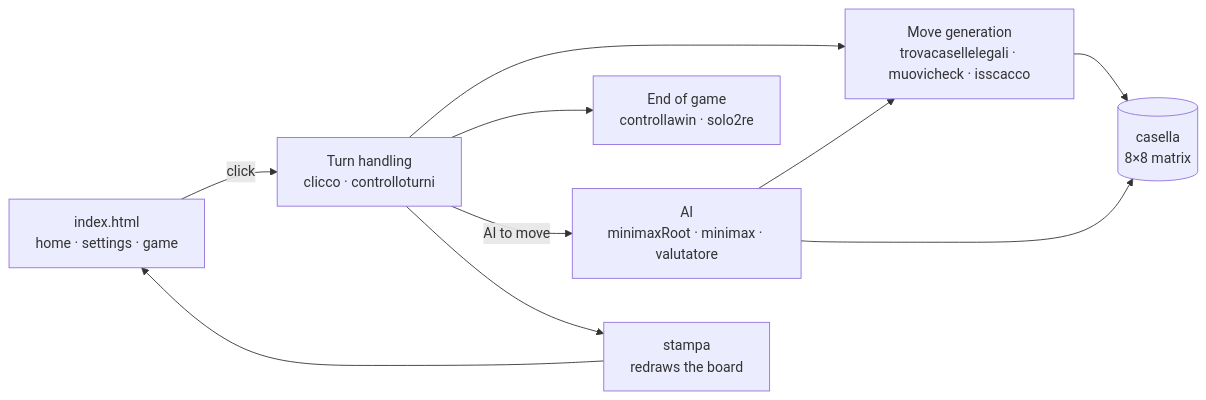
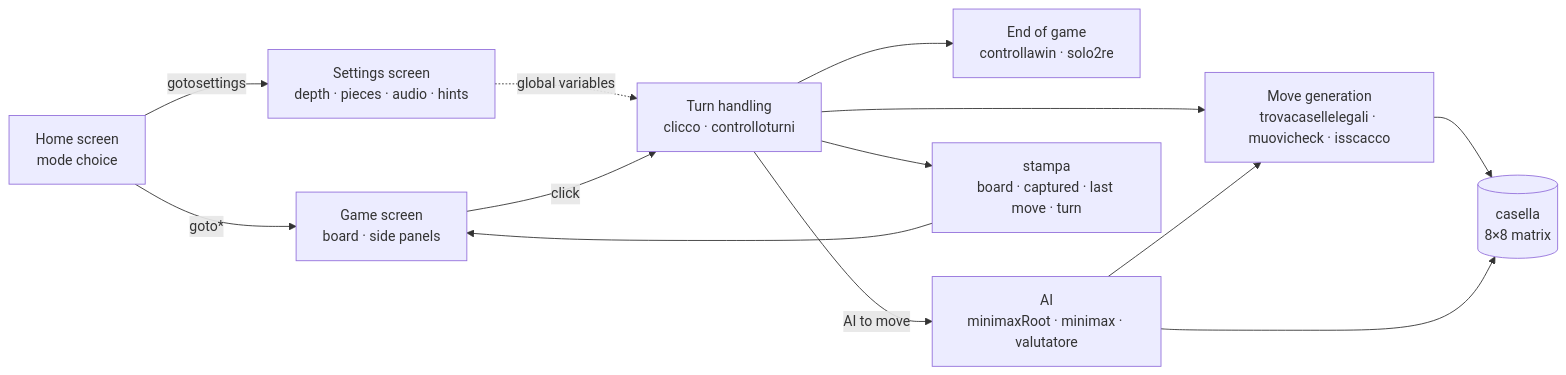
One commit to tommasomoro8/chess changed the diagram in README.md. Above: the diagram before and after it, drawn with Mermaid. The commit also changed other lines of this file, not shown here.

````diff
--- a/README.md
+++ b/README.md
@@ -53,12 +52,15 @@
 ```mermaid
 flowchart LR
-    UI["index.html<br/>home · settings · game"] -->|click| Turn["Turn handling<br/>clicco · controlloturni"]
+    Home["Home screen<br/>mode choice"] -->|goto*| Game
+    Home -->|gotosettings| Settings["Settings screen<br/>depth · pieces · audio · hints"]
+    Settings -.->|global variables| Turn
+    Game["Game screen<br/>board · side panels"] -->|click| Turn["Turn handling<br/>clicco · controlloturni"]
     Turn --> Moves["Move generation<br/>trovacasellelegali · muovicheck · isscacco"]
     Turn --> End["End of game<br/>controllawin · solo2re"]
     Turn -->|AI to move| AI["AI<br/>minimaxRoot · minimax · valutatore"]
     AI --> Moves
     Moves --> Board[("casella<br/>8×8 matrix")]
     AI --> Board
-    Turn --> Render["stampa<br/>redraws the board"]
-    Render --> UI
+    Turn --> Render["stampa<br/>board · captured · last move · turn"]
+    Render --> Game
 ```
````
